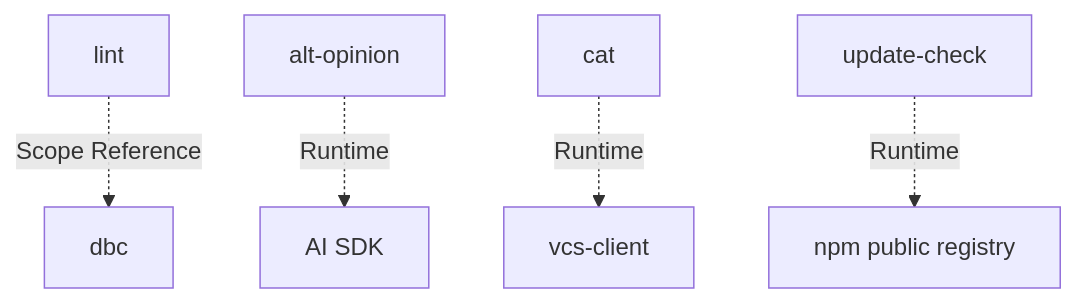
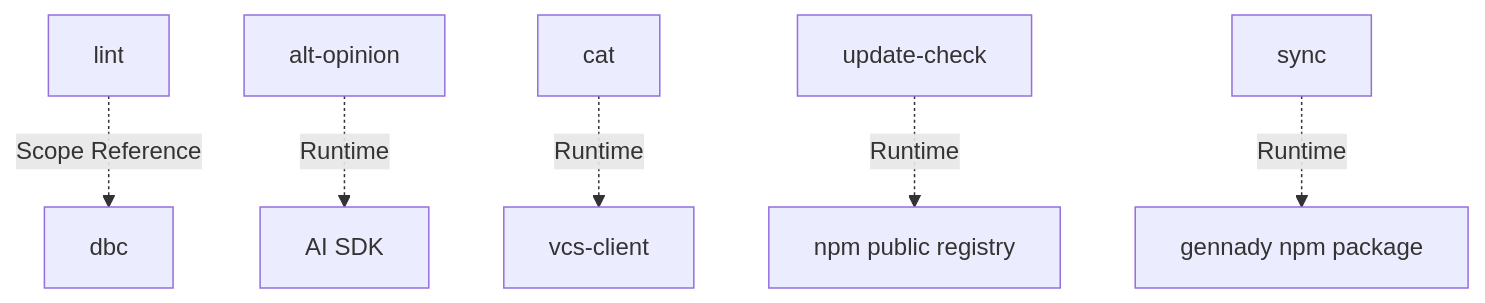
Before and after one commit to RubaXa/gennady: the diagram in specs/cli/cli.spec.md, drawn with Mermaid. The commit also changed other lines of this file and 26 other files, not shown here.

````diff
--- a/specs/cli/cli.spec.md
+++ b/specs/cli/cli.spec.md
@@ -636,7 +842,8 @@
 ```mermaid
 graph TD
     lint -. Scope Reference .-> dbc
     alt-opinion -. Runtime .-> ai-sdk[AI SDK]
     cat -. Runtime .-> vcs[vcs-client]
     update-check -. Runtime .-> npm-registry[npm public registry]
+    sync -. Runtime .-> npm-package[gennady npm package]
 ```
````
